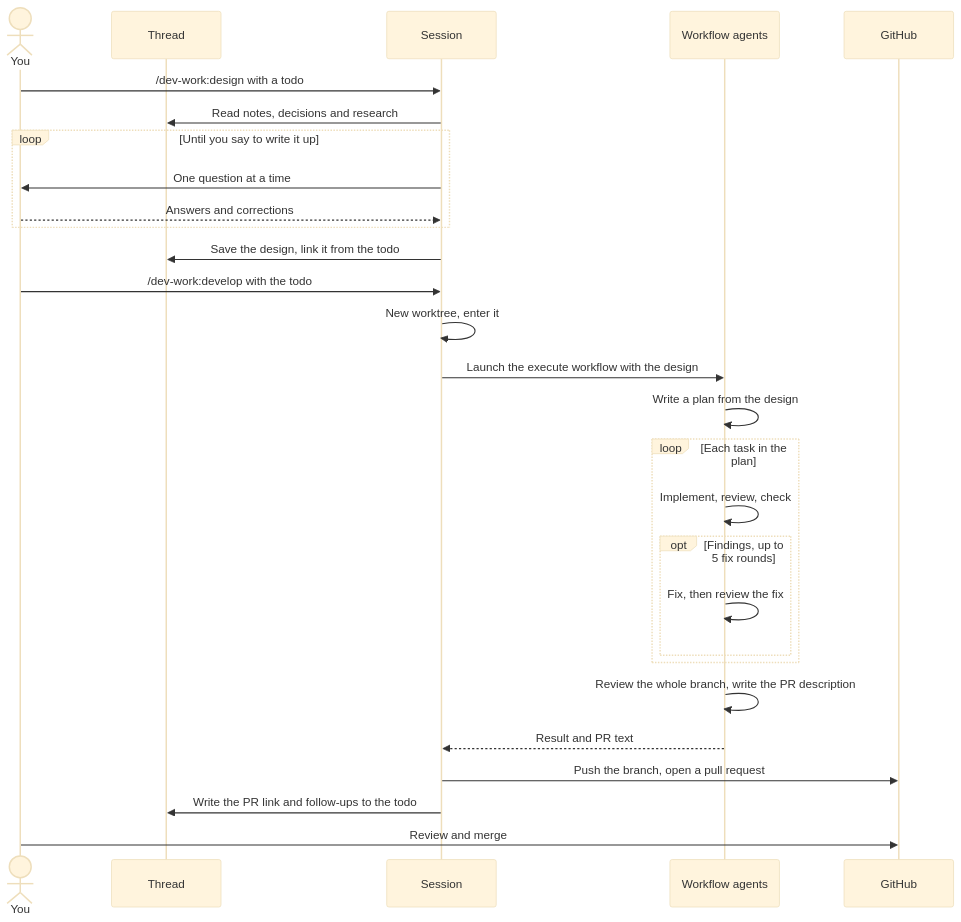
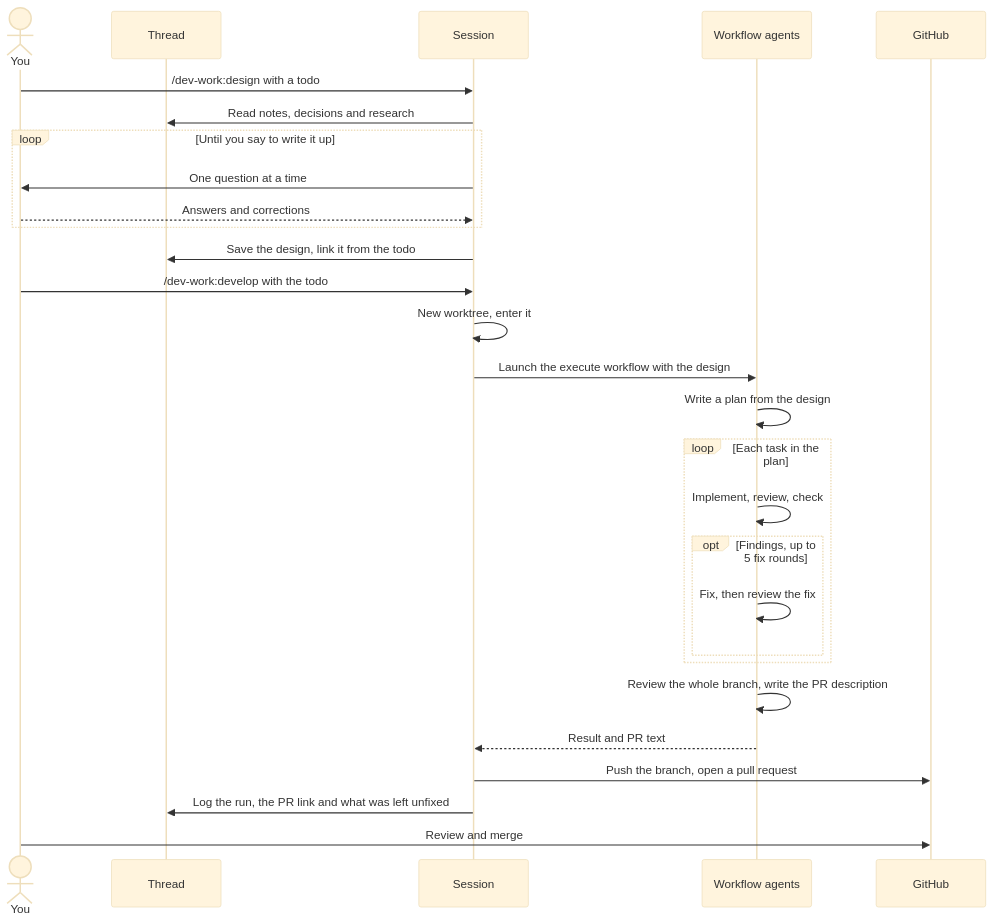
The diagram in README.md (sebmartin/dev-work), drawn with Mermaid (base theme) before and after one commit.

Commit message:
README diagram: develop writes the run log, not the todo

````diff
--- a/README.md
+++ b/README.md
@@ -14,32 +14,32 @@
 ```mermaid
 sequenceDiagram
     actor You
     participant T as Thread
     participant S as Session
     participant W as Workflow agents
     participant G as GitHub
 
     You->>S: /dev-work:design with a todo
     S->>T: Read notes, decisions and research
     loop Until you say to write it up
         S->>You: One question at a time
         You-->>S: Answers and corrections
     end
     S->>T: Save the design, link it from the todo
 
     You->>S: /dev-work:develop with the todo
     S->>S: New worktree, enter it
     S->>W: Launch the execute workflow with the design
     W->>W: Write a plan from the design
     loop Each task in the plan
         W->>W: Implement, review, check
         opt Findings, up to 5 fix rounds
             W->>W: Fix, then review the fix
         end
     end
     W->>W: Review the whole branch, write the PR description
     W-->>S: Result and PR text
     S->>G: Push the branch, open a pull request
-    S->>T: Write the PR link and follow-ups to the todo
+    S->>T: Log the run, the PR link and what was left unfixed
     You->>G: Review and merge
 ```
````
